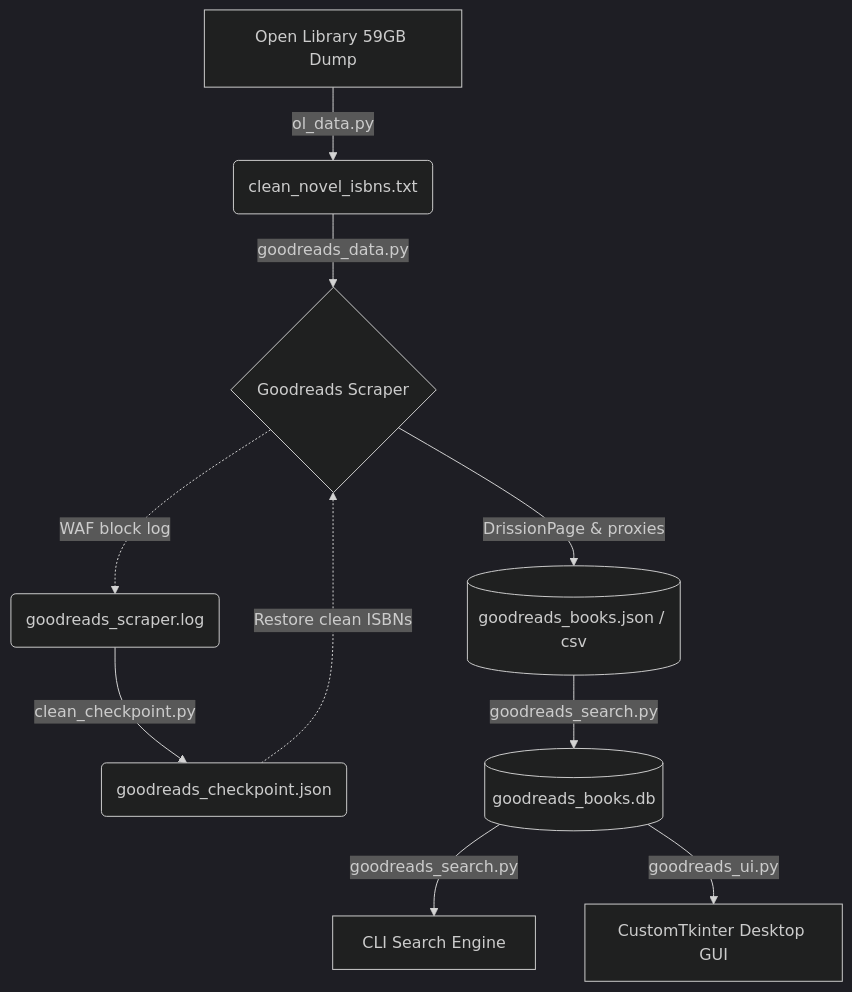
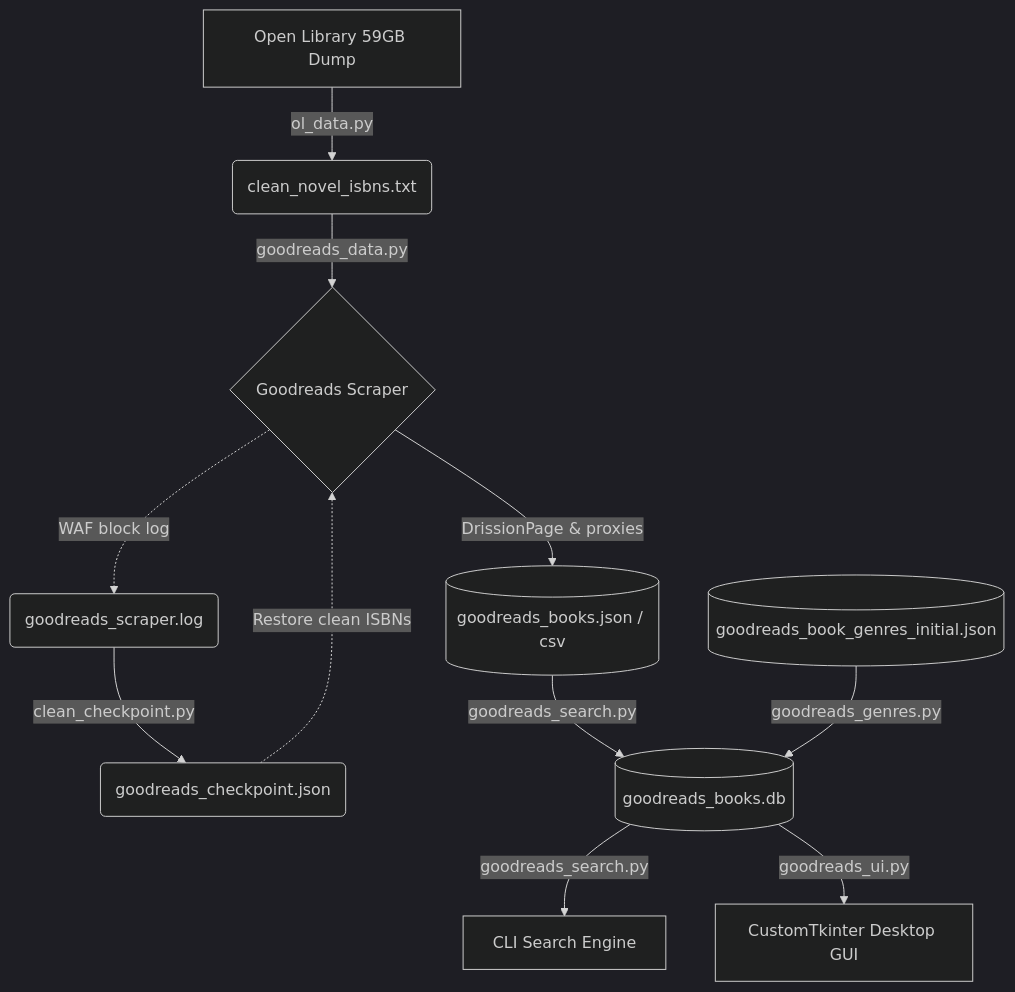
The diagram in README.md (minhduc1212/Novel_Data), drawn with Mermaid (dark theme) before and after one commit. The commit also changed other lines of this file and 4 other files, not shown here.

````diff
--- a/README.md
+++ b/README.md
@@ -11,12 +11,15 @@
 ```mermaid
 graph TD
     A[Open Library 59GB Dump] -->|ol_data.py| B(clean_novel_isbns.txt)
     B -->|goodreads_data.py| C{Goodreads Scraper}
     C -->|DrissionPage & proxies| D[(goodreads_books.json / csv)]
     C -.->|WAF block log| E(goodreads_scraper.log)
     E -->|clean_checkpoint.py| F(goodreads_checkpoint.json)
     F -.->|Restore clean ISBNs| C
+    
     D -->|goodreads_search.py| G[(goodreads_books.db)]
-    G -->|goodreads_search.py| H[CLI Search Engine]
-    G -->|goodreads_ui.py| I[CustomTkinter Desktop GUI]
+    
+    H[(goodreads_book_genres_initial.json)] -->|goodreads_genres.py| G
+    G -->|goodreads_search.py| I[CLI Search Engine]
+    G -->|goodreads_ui.py| J[CustomTkinter Desktop GUI]
 ```
````
